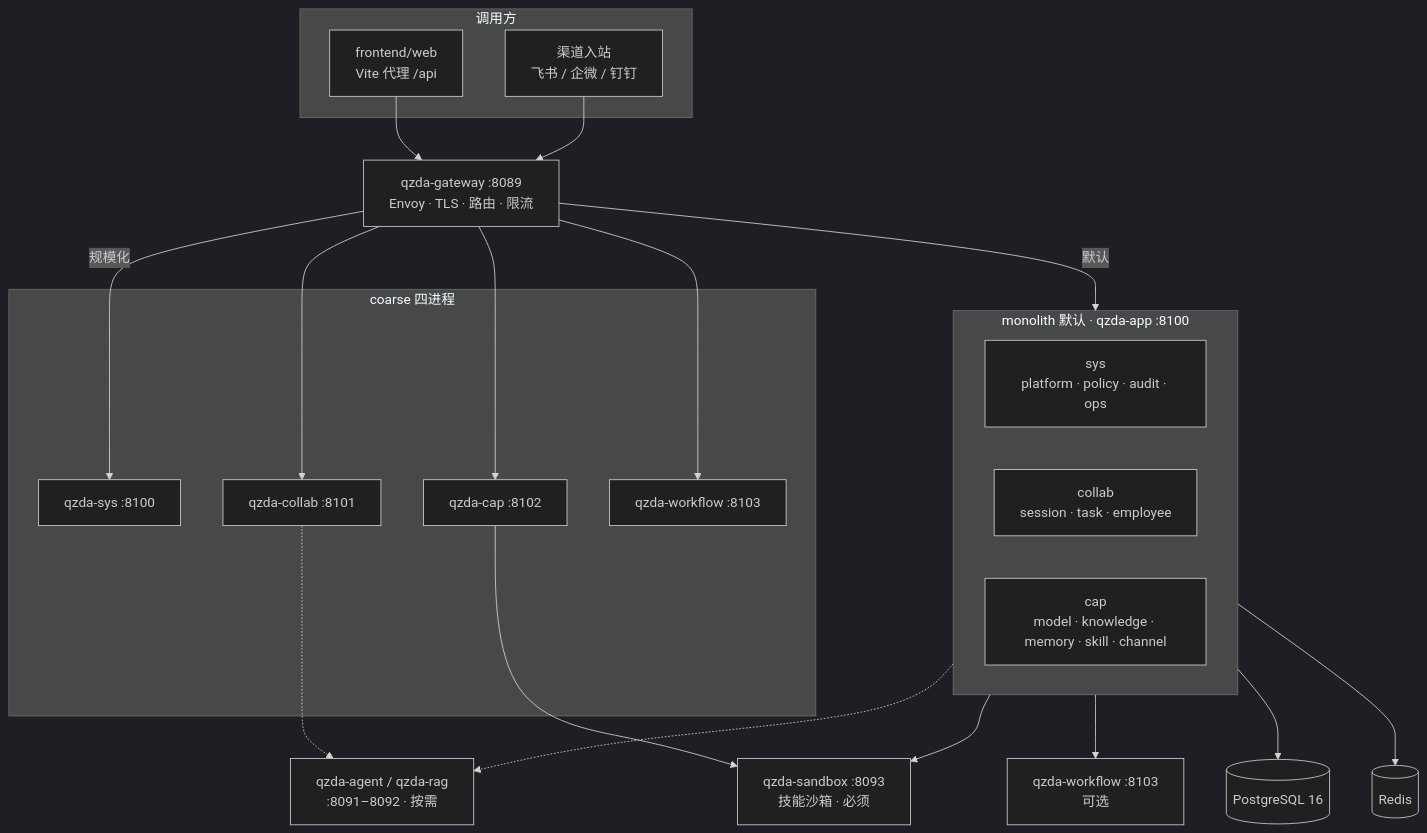
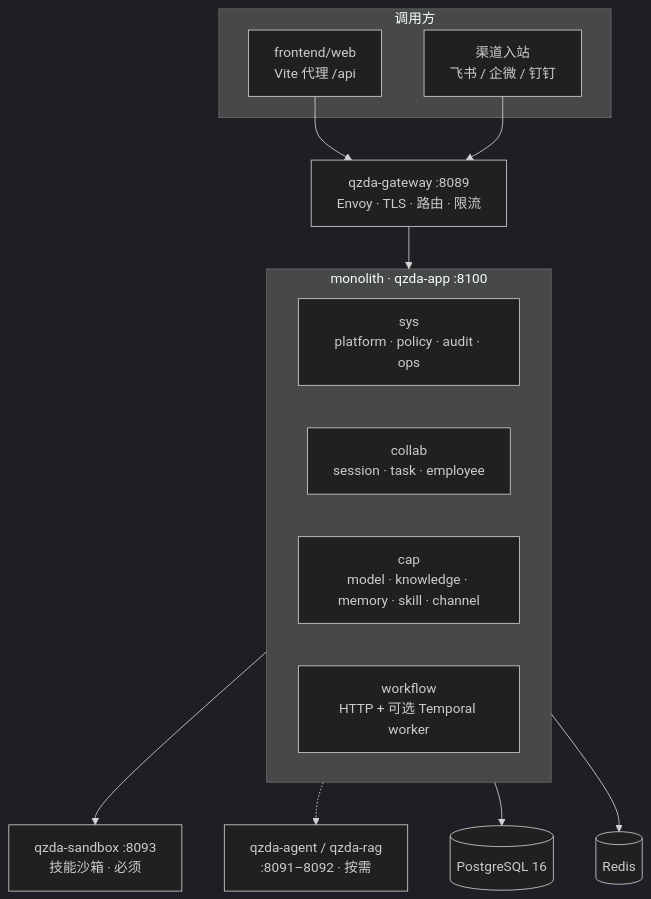
The first of 3 diagrams in backend/README.md (Lianjifu/QiZhiDaPartnerPlatform), drawn with Mermaid (dark theme) before and after one commit. The commit also changed other lines of this file and 131 other files, not shown here.

First line of the commit message:
refactor(monolith): M10 — collapse qzda-{sys,collab,cap,workflow,audit,policy} into qzda-app

````diff
--- a/backend/README.md
+++ b/backend/README.md
@@ -48,45 +47,30 @@
 ```mermaid
 flowchart TB
   subgraph Clients["调用方"]
     FE["frontend/web<br/>Vite 代理 /api"]
     CH["渠道入站<br/>飞书 / 企微 / 钉钉"]
   end
 
   GW["qzda-gateway :8089<br/>Envoy · TLS · 路由 · 限流"]
 
   FE --> GW
   CH --> GW
 
-  subgraph Mono["monolith 默认 · qzda-app :8100"]
+  subgraph Mono["monolith · qzda-app :8100"]
     SYS["sys<br/>platform · policy · audit · ops"]
     COL["collab<br/>session · task · employee"]
     CAP["cap<br/>model · knowledge · memory · skill · channel"]
-  end
-
-  subgraph Coarse["coarse 四进程"]
-    S1["qzda-sys :8100"]
-    S2["qzda-collab :8101"]
-    S3["qzda-cap :8102"]
-    S4["qzda-workflow :8103"]
+    FLOW["workflow<br/>HTTP + 可选 Temporal worker"]
   end
 
   SK["qzda-sandbox :8093<br/>技能沙箱 · 必须"]
-  WF["qzda-workflow :8103<br/>可选"]
   AI["qzda-agent / qzda-rag<br/>:8091–8092 · 按需"]
   PG[(PostgreSQL 16)]
   RD[(Redis)]
 
-  GW -->|"默认"| Mono
-  GW -->|"规模化"| S1
-  GW --> S2
-  GW --> S3
-  GW --> S4
-
+  GW --> Mono
   Mono --> SK
-  Mono --> WF
   Mono -.-> AI
   Mono --> PG
   Mono --> RD
-  S3 --> SK
-  S2 -.-> AI
 ```
````
